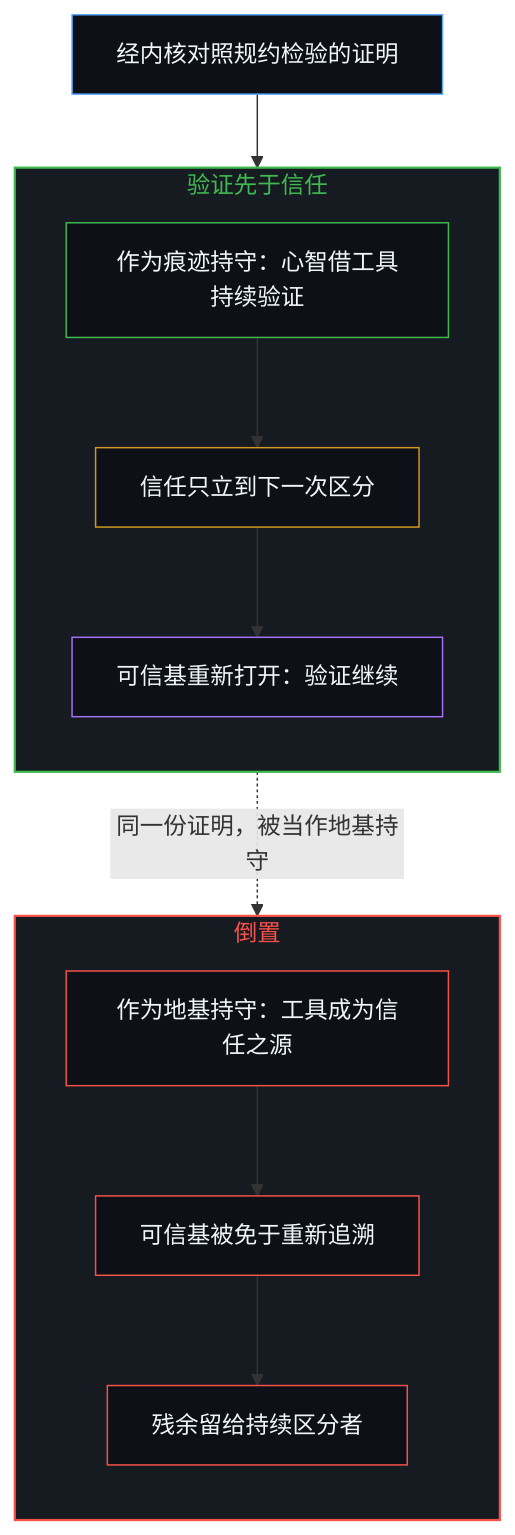
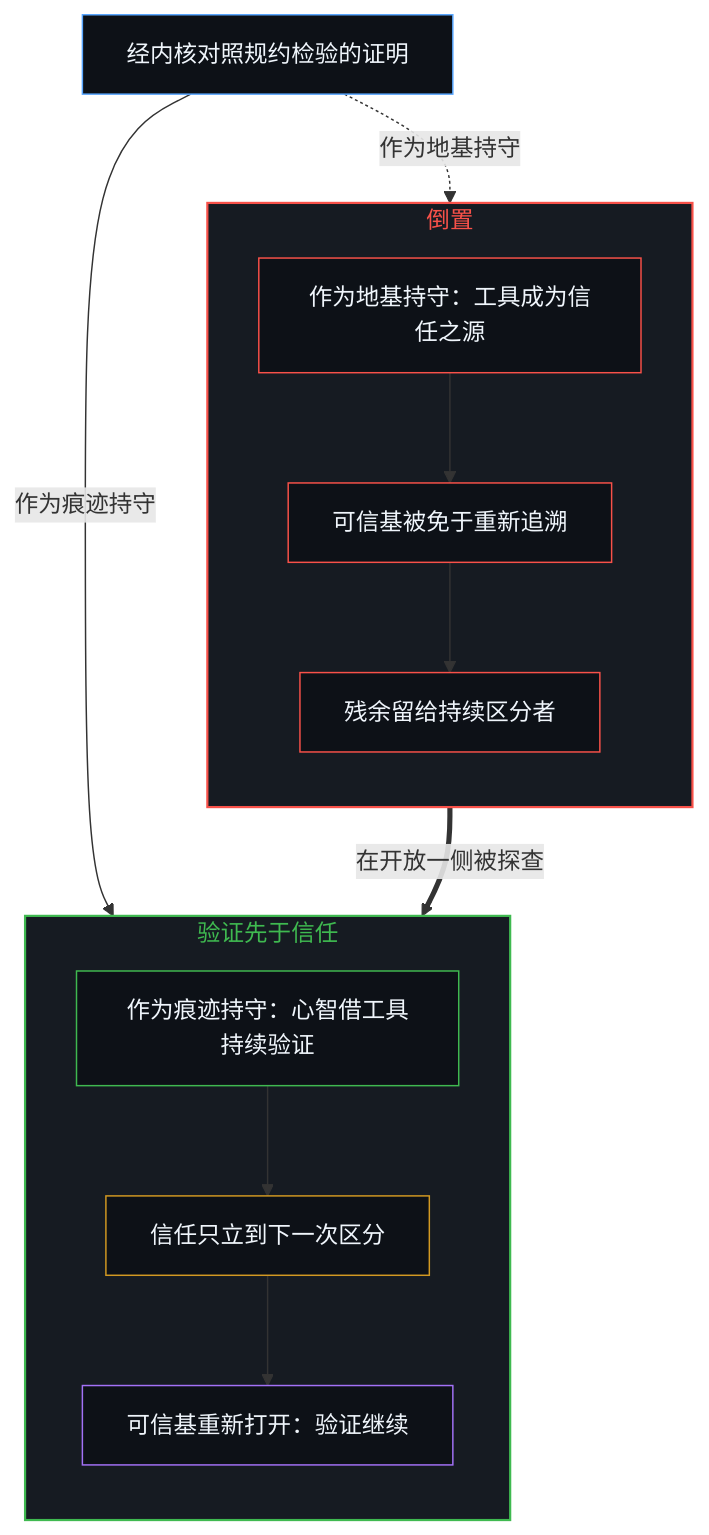
One commit to powerpig99/not-a-toe changed the first of 2 diagrams in content/posts/the-reversal-of-verification.md. Above: the diagram before and after it, drawn with Mermaid. The commit also changed other lines of this file and 7 other files, not shown here.

````diff
--- a/content/posts/the-reversal-of-verification.md
+++ b/content/posts/the-reversal-of-verification.md
@@ -63,31 +63,32 @@
 ```mermaid
 flowchart TD
     P["经内核对照规约检验的证明"]
+    subgraph S_Rev["倒置"]
+        direction TB
+        G["作为地基持守：工具成为信任之源"]
+        F["可信基被免于重新追溯"]
+        X["残余留给持续区分者"]
+        G --> F
+        F --> X
+    end
     subgraph S_Order["验证先于信任"]
         direction TB
         V["作为痕迹持守：心智借工具持续验证"]
         T["信任只立到下一次区分"]
         R["可信基重新打开：验证继续"]
+        V --> T
+        T --> R
     end
-    subgraph S_Rev["倒置"]
-        direction TB
-        G["作为地基持守：工具成为信任之源"]
-        F["可信基被免于重新追溯"]
-        X["残余留给持续区分者"]
-    end
-    P --> V
-    V --> T
-    T --> R
-    R -. "同一份证明，被当作地基持守" .-> G
-    G --> F
-    F --> X
+    P -.->|"作为地基持守"| G
+    P -->|"作为痕迹持守"| V
+    X ==>|"在开放一侧被探查"| V
+    style S_Rev fill:#161b22,stroke:#f85149,stroke-width:1.5px,color:#f85149
     style S_Order fill:#161b22,stroke:#3fb950,stroke-width:1.5px,color:#3fb950
-    style S_Rev fill:#161b22,stroke:#f85149,stroke-width:1.5px,color:#f85149
     style P fill:#0d1117,stroke:#58a6ff,stroke-width:1px,color:#f0f6fc
+    style G fill:#0d1117,stroke:#f85149,stroke-width:1px,color:#f0f6fc
+    style F fill:#0d1117,stroke:#f85149,stroke-width:1px,color:#f0f6fc
+    style X fill:#0d1117,stroke:#f85149,stroke-width:1px,color:#f0f6fc
     style V fill:#0d1117,stroke:#3fb950,stroke-width:1px,color:#f0f6fc
     style T fill:#0d1117,stroke:#d29922,stroke-width:1px,color:#f0f6fc
     style R fill:#0d1117,stroke:#a371f7,stroke-width:1px,color:#f0f6fc
-    style G fill:#0d1117,stroke:#f85149,stroke-width:1px,color:#f0f6fc
-    style F fill:#0d1117,stroke:#f85149,stroke-width:1px,color:#f0f6fc
-    style X fill:#0d1117,stroke:#f85149,stroke-width:1px,color:#f0f6fc
 ```
````
